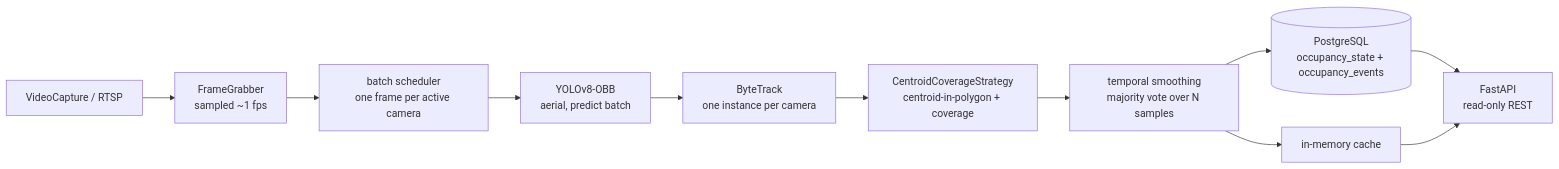
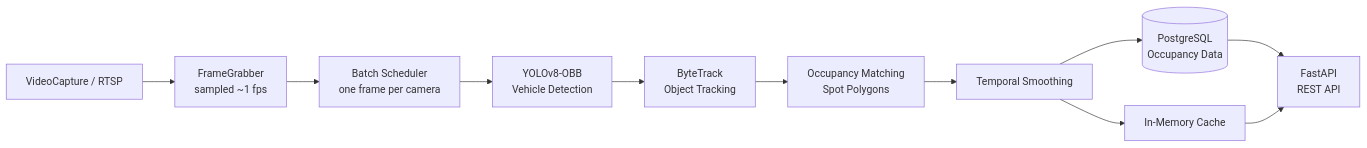
One commit to bechir06012002/Parking_Occupancy_Detection changed the diagram in README.md. Above: the diagram before and after it, drawn with Mermaid. The commit also changed other lines of this file, not shown here.

````diff
--- a/README.md
+++ b/README.md
@@ -20,13 +9,13 @@
 ```mermaid
 flowchart LR
     V[VideoCapture / RTSP] --> FG[FrameGrabber<br/>sampled ~1 fps]
-    FG --> SCH[batch scheduler<br/>one frame per active camera]
-    SCH --> Y[YOLOv8-OBB<br/>aerial, predict batch]
-    Y --> BT[ByteTrack<br/>one instance per camera]
-    BT --> M[CentroidCoverageStrategy<br/>centroid-in-polygon + coverage]
-    M --> S[temporal smoothing<br/>majority vote over N samples]
-    S --> DB[(PostgreSQL<br/>occupancy_state + occupancy_events)]
-    S --> C[in-memory cache]
-    DB --> API[FastAPI<br/>read-only REST]
+    FG --> SCH[Batch Scheduler<br/>one frame per camera]
+    SCH --> Y[YOLOv8-OBB<br/>Vehicle Detection]
+    Y --> BT[ByteTrack<br/>Object Tracking]
+    BT --> M[Occupancy Matching<br/>Spot Polygons]
+    M --> S[Temporal Smoothing]
+    S --> DB[(PostgreSQL<br/>Occupancy Data)]
+    S --> C[In-Memory Cache]
+    DB --> API[FastAPI<br/>REST API]
     C --> API
 ```
````
